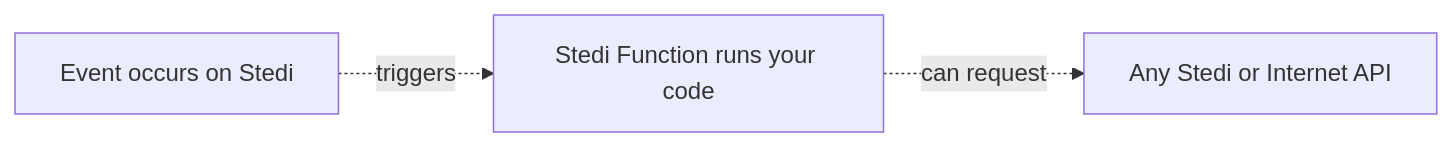
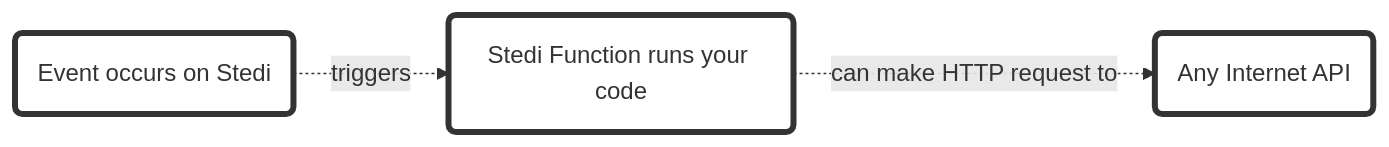
The diagram in stedi-cloud/functions/readme.md (Stedi/starter-kit), drawn with Mermaid before and after one commit. The commit also changed 2 other files, not shown here.

Commit message:
updated examples, diagrams

````diff
--- a/stedi-cloud/functions/readme.md
+++ b/stedi-cloud/functions/readme.md
@@ -11,5 +11,8 @@
 ```mermaid
 flowchart LR;
-id1[Event occurs on Stedi]-. triggers .-> id2;
-id2[Stedi Function runs your code]-. can request .->id3[Any Stedi or Internet API];
+id1(Event occurs on Stedi)-. triggers .-> id2;
+id2(Stedi Function runs your code)-. can make HTTP request to .->id3(Any Internet API);
+
+classDef className fill:#fff,stroke:#333,stroke-width:4px
+class id1,id2,id3 className;
 ```
````
